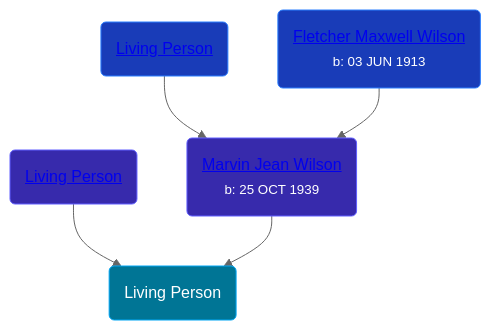
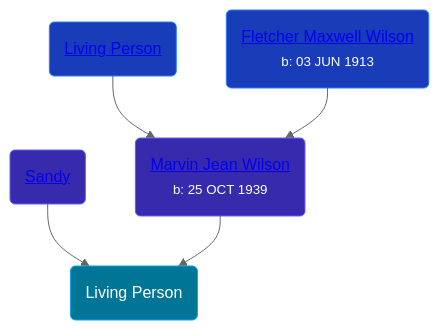
The diagram in pages/people/3/32081354.md (wpmgotkh/wpmgotkh.github.io), drawn with Mermaid (neutral theme) before and after one commit. The commit also changed other lines of this file and 586 other files, not shown here.

Commit message:
feat: better shouldConsiderPersonLiving algo

````diff
--- a/pages/people/3/32081354.md
+++ b/pages/people/3/32081354.md
@@ -10,11 +10,11 @@
 ```mermaid
 graph
 classDef grands fill:#193cb8,stroke:#2b7fff,stroke-width:1px,color:#fff;
 classDef parents fill:#372aac,stroke:#615fff,stroke-width:1px,color:#fff;
 classDef primary fill:#007595,stroke:#00a6f4,stroke-width:1px,color:#fff;
 32081354(Living Person):::primary
-30798033(<a class="text-white" href="/people/3/30798033">Living Person</a>):::parents-->32081354
+30798033(<a class="text-white" href="/people/3/30798033">Sandy </a>):::parents-->32081354
 40728128(<a class="text-white" href="/people/4/40728128">Marvin Jean Wilson</a><br /><small>b: 25 OCT 1939</small>):::parents-->32081354
 1324224(<a class="text-white" href="/people/1/1324224">Living Person</a>):::grands-->40728128
 32597724(<a class="text-white" href="/people/3/32597724">Fletcher Maxwell Wilson</a><br /><small>b: 03 JUN 1913</small>):::grands-->40728128
 ```
````
